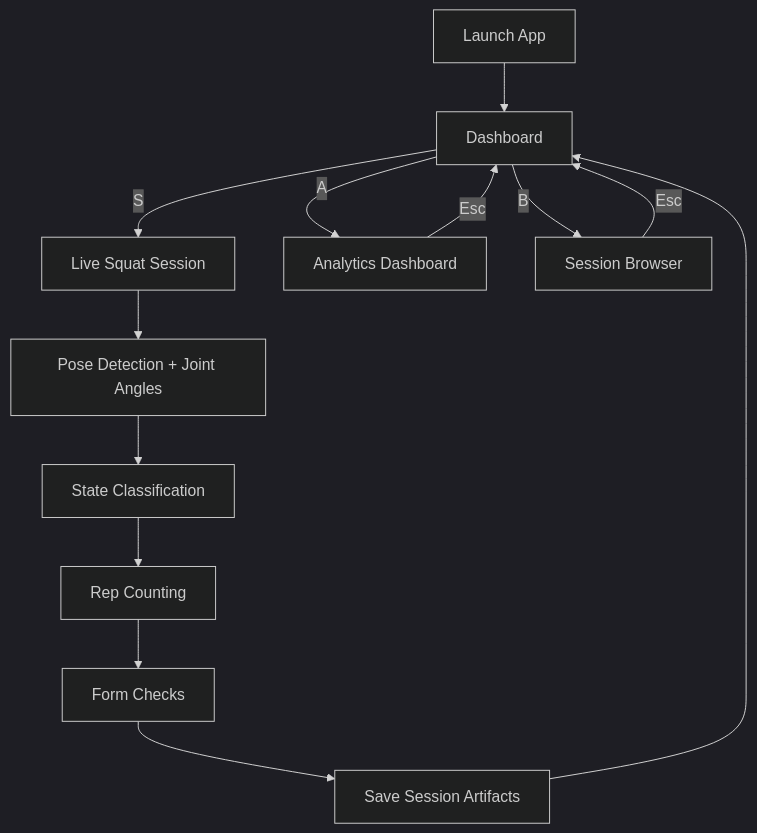
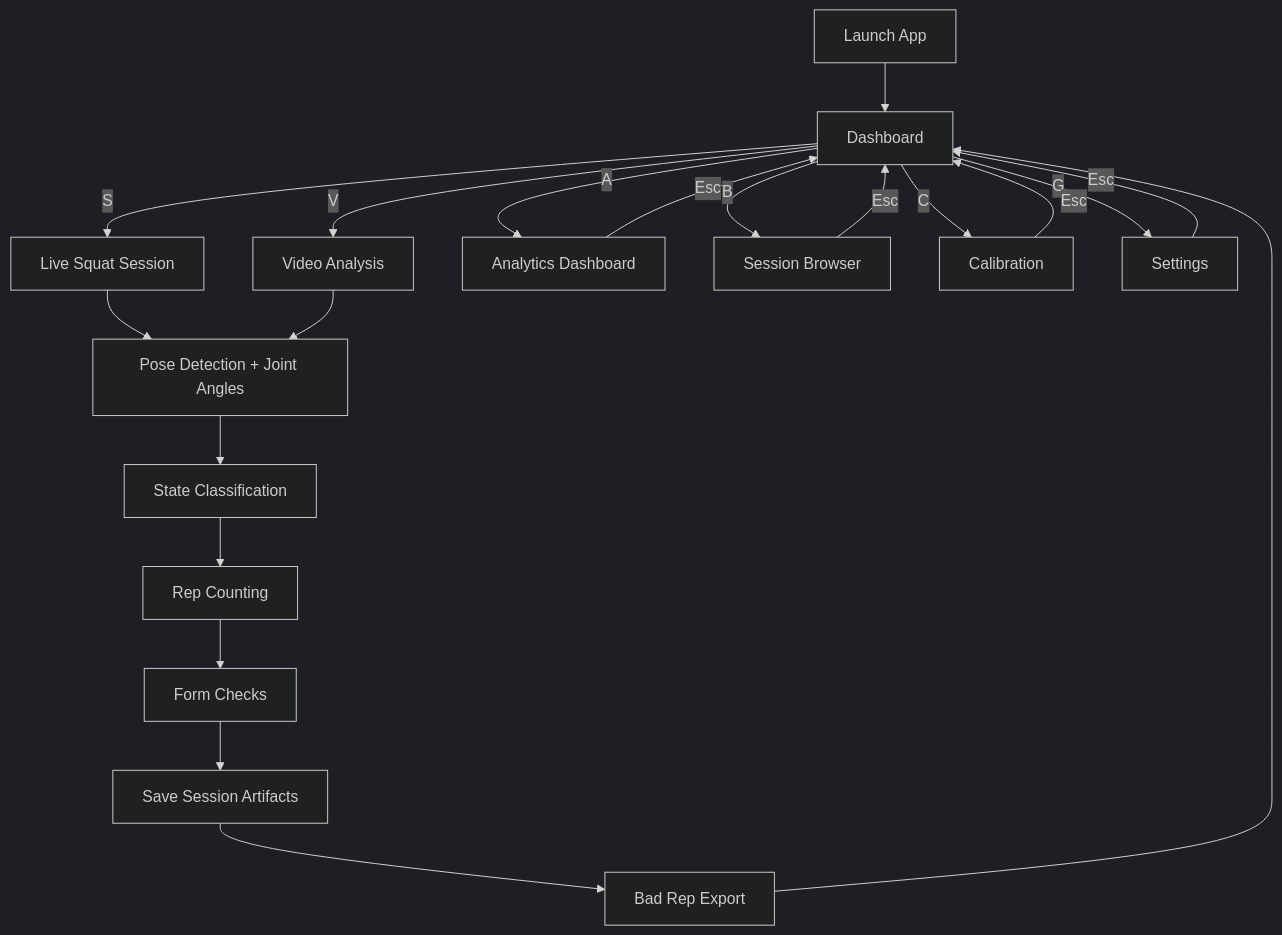
The second of 4 diagrams in docs/final-project-artifacts.md (minababo/GymGuardian), drawn with Mermaid (dark theme) before and after one commit. The commit also changed other lines of this file and 3 other files, not shown here.

````diff
--- a/docs/final-project-artifacts.md
+++ b/docs/final-project-artifacts.md
@@ -48,15 +54,22 @@
 ```mermaid
 flowchart TD
     A[Launch App] --> B[Dashboard]
     B -->|S| C[Live Squat Session]
+    B -->|V| VA[Video Analysis]
     B -->|A| D[Analytics Dashboard]
     B -->|B| E[Session Browser]
+    B -->|C| CAL[Calibration]
+    B -->|G| SET[Settings]
     C --> F[Pose Detection + Joint Angles]
+    VA --> F
     F --> G[State Classification]
     G --> H[Rep Counting]
     H --> I[Form Checks]
     I --> J[Save Session Artifacts]
-    J --> B
+    J --> JB[Bad Rep Export]
+    JB --> B
     D -->|Esc| B
     E -->|Esc| B
+    CAL -->|Esc| B
+    SET -->|Esc| B
 ```
````
